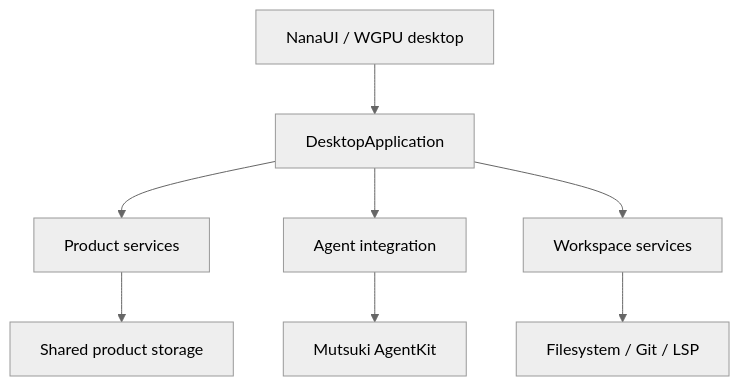
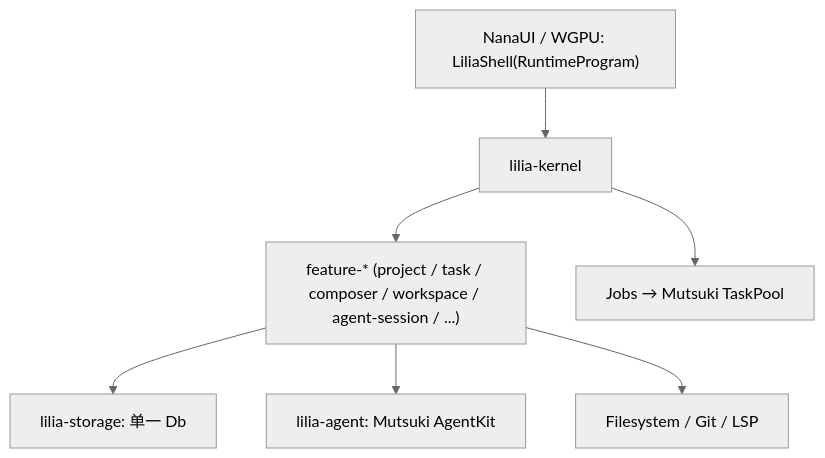
Before and after one commit to sena-nana/LiliaCode: the diagram in docs/design/nanaui-native-ide-architecture.md, drawn with Mermaid (neutral theme). The commit also changed other lines of this file and 2 other files, not shown here.

````diff
--- a/docs/design/nanaui-native-ide-architecture.md
+++ b/docs/design/nanaui-native-ide-architecture.md
@@ -7,10 +9,9 @@
 ```mermaid
 flowchart TD
-  UI["NanaUI / WGPU desktop"] --> App["DesktopApplication"]
-  App --> Product["Product services"]
-  App --> Agent["Agent integration"]
-  App --> Workspace["Workspace services"]
-  Product --> Storage["Shared product storage"]
-  Agent --> Runtime["Mutsuki AgentKit"]
-  Workspace --> FS["Filesystem / Git / LSP"]
+  UI["NanaUI / WGPU: LiliaShell(RuntimeProgram)"] --> Kernel["lilia-kernel"]
+  Kernel --> Features["feature-* (project / task / composer / workspace / agent-session / ...)"]
+  Features --> Storage["lilia-storage: 单一 Db"]
+  Features --> Agent["lilia-agent: Mutsuki AgentKit"]
+  Features --> FS["Filesystem / Git / LSP"]
+  Kernel --> Jobs["Jobs → Mutsuki TaskPool"]
 ```
````
